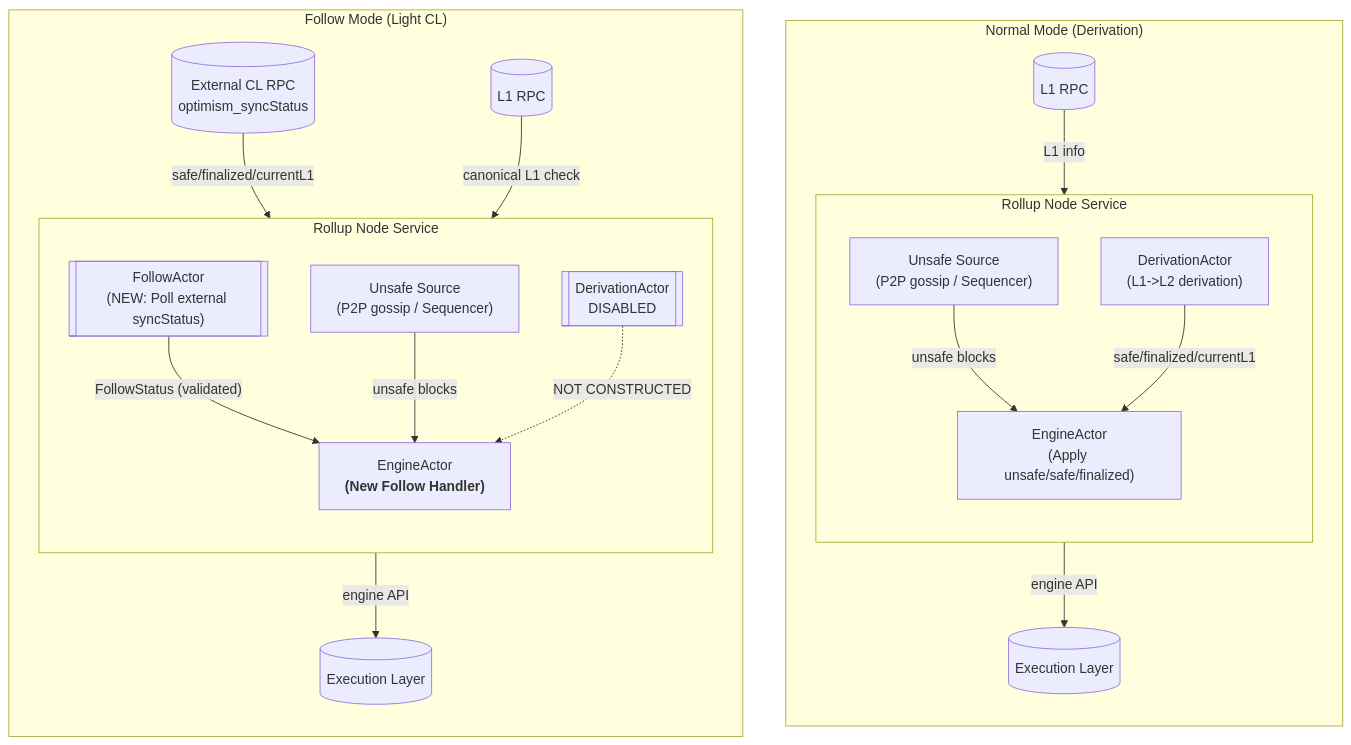
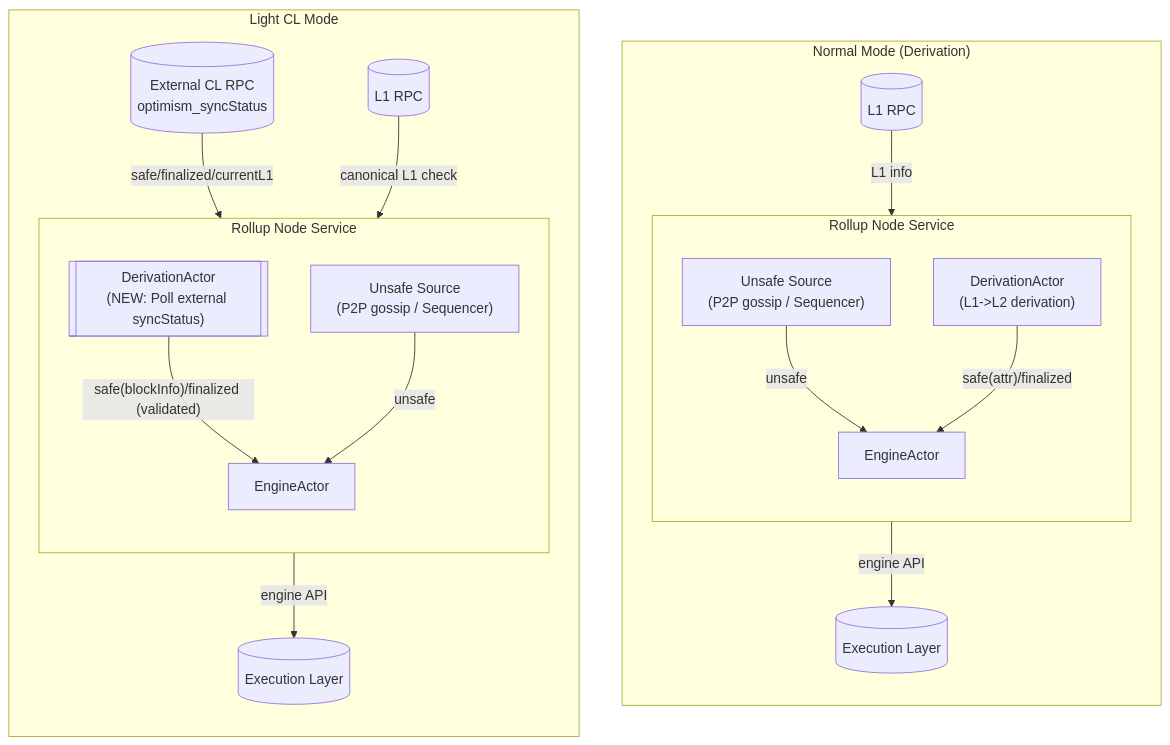
Before and after one commit to ethereum-optimism/design-docs: the diagram in protocol/kona-node-light-cl.md, drawn with Mermaid. The commit also changed other lines of this file, not shown here.

Commit message:
Apply Design Review Consensus

````diff
--- a/protocol/kona-node-light-cl.md
+++ b/protocol/kona-node-light-cl.md
@@ -121,54 +127,46 @@
 ```mermaid
 flowchart TB
 
-%% =========================
-%% Panel A: Normal Mode
-%% =========================
 subgraph A ["Normal Mode (Derivation)"]
   direction TB
 
   subgraph A0 ["Rollup Node Service"]
     direction TB
     A_Derivation["DerivationActor<br/>(L1->L2 derivation)"]
-    A_Engine["EngineActor<br/>(Apply unsafe/safe/finalized)"]
+    A_Engine["EngineActor"]
     A_UnsafeSrc["Unsafe Source<br/>(P2P gossip / Sequencer)"]
   end
 
   A_L1[(L1 RPC)]
   A_EL[(Execution Layer)]
 
   A_L1 -->|L1 info| A_Derivation
-  A_UnsafeSrc -->|unsafe blocks| A_Engine
-  A_Derivation -->|safe/finalized/currentL1| A_Engine
+  A_UnsafeSrc -->|unsafe| A_Engine
+  A_Derivation -->|"safe(attr)/finalized"| A_Engine
   A_Engine -->|engine API| A_EL
 end
 
-%% =========================
-%% Panel B: Follow Mode
-%% =========================
-subgraph B ["Follow Mode (Light CL)"]
+subgraph B ["Light CL Mode"]
   direction TB
 
   subgraph B0 ["Rollup Node Service"]
     direction TB
-    B_Follow[["FollowActor<br/>(NEW: Poll external syncStatus)"]]
-    B_Engine["EngineActor<br/><b>(New Follow Handler)</b>"]
+    B_DerivationX[["DerivationActor<br/>(NEW: Poll external syncStatus)"]]
+    B_Engine["EngineActor"]
     B_UnsafeSrc["Unsafe Source<br/>(P2P gossip / Sequencer)"]
-    B_DerivationX[[DerivationActor<br/>DISABLED]]
   end
 
   B_L1[(L1 RPC)]
   B_Ext[(External CL RPC<br/>optimism_syncStatus)]
   B_EL[(Execution Layer)]
 
   %% Connections
-  B_Ext -->|safe/finalized/currentL1| B_Follow
-  B_L1 -->|canonical L1 check| B_Follow
-  B_Follow -->|"FollowStatus (validated)"| B_Engine
-  B_UnsafeSrc -->|unsafe blocks| B_Engine
+  B_Ext -->|safe/finalized/currentL1| B_DerivationX
+  B_L1 -->|canonical L1 check| B_DerivationX
+  B_DerivationX -->|"safe(blockInfo)/finalized (validated)"| B_Engine
+  B_UnsafeSrc -->|unsafe| B_Engine
 
   %% Visual indicator for disabled actor
-  B_DerivationX -.->|NOT CONSTRUCTED| B_Engine
   B_Engine -->|engine API| B_EL
 end
 ```
````
